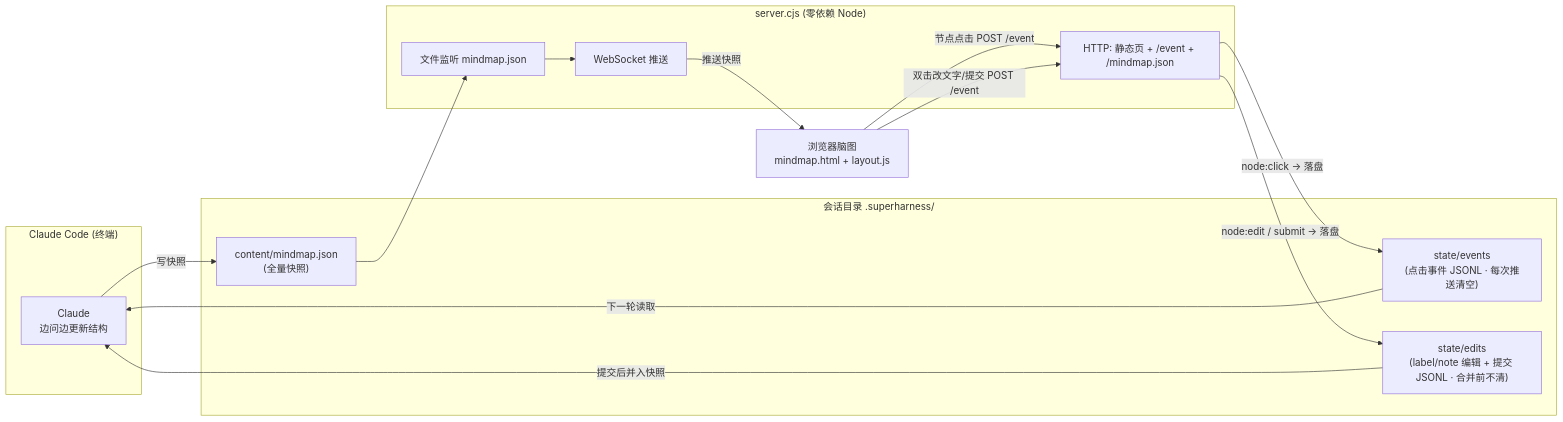
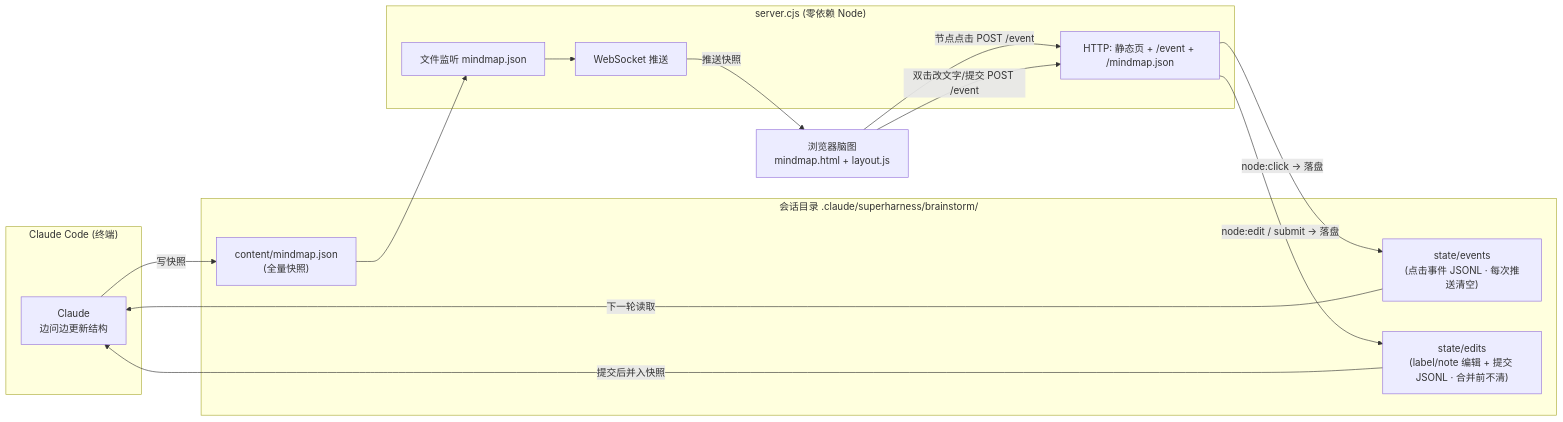
Before and after one commit to YachuanWzh/harness: the ninth of 13 diagrams in 技术方案文档.md, drawn with Mermaid. The commit also changed other lines of this file and 17 other files, not shown here.

First line of the commit message:
chore(install): 将 superharness 状态路径标准化为 .claude 目录

````diff
--- a/技术方案文档.md
+++ b/技术方案文档.md
@@ -313,28 +313,28 @@
 ```mermaid
 flowchart LR
     subgraph CC["Claude Code (终端)"]
         CLAUDE["Claude<br/>边问边更新结构"]
     end
     subgraph SRV["server.cjs (零依赖 Node)"]
         WATCH["文件监听 mindmap.json"]
         WS["WebSocket 推送"]
         HTTP["HTTP: 静态页 + /event + /mindmap.json"]
     end
-    subgraph FILES["会话目录 .superharness/<session>"]
+    subgraph FILES["会话目录 .claude/superharness/brainstorm/<session>"]
         SNAP["content/mindmap.json<br/>(全量快照)"]
         EVT["state/events<br/>(点击事件 JSONL · 每次推送清空)"]
         EDT["state/edits<br/>(label/note 编辑 + 提交 JSONL · 合并前不清)"]
     end
     BROWSER["浏览器脑图<br/>mindmap.html + layout.js"]
 
     CLAUDE -->|写快照| SNAP
     SNAP --> WATCH
     WATCH --> WS
     WS -->|推送快照| BROWSER
     BROWSER -->|节点点击 POST /event| HTTP
     BROWSER -->|双击改文字/提交 POST /event| HTTP
     HTTP -->|node:click → 落盘| EVT
     HTTP -->|node:edit / submit → 落盘| EDT
     EVT -->|下一轮读取| CLAUDE
     EDT -->|提交后并入快照| CLAUDE
 ```
````
